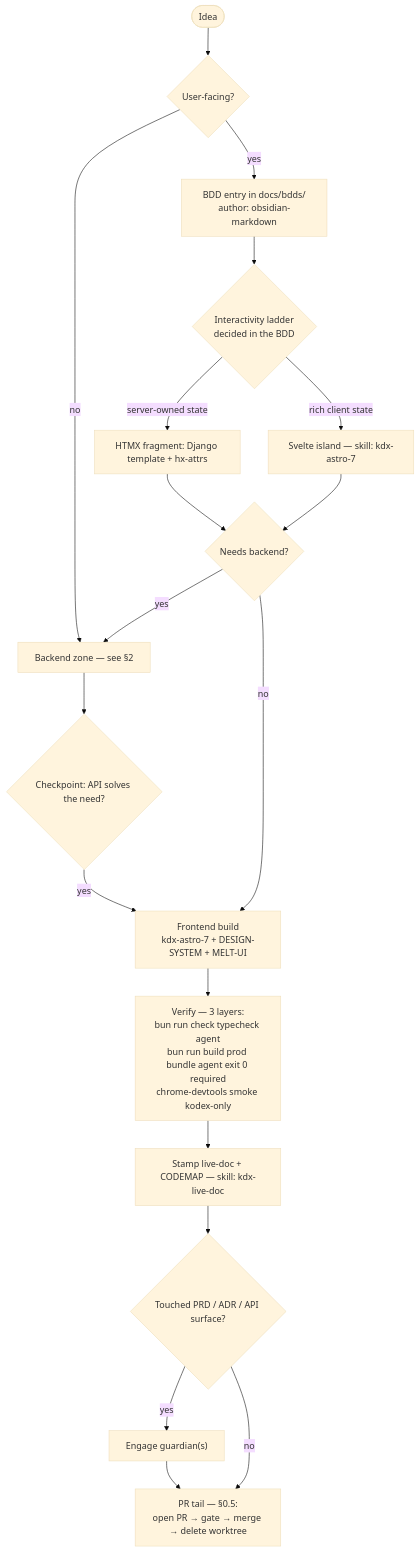
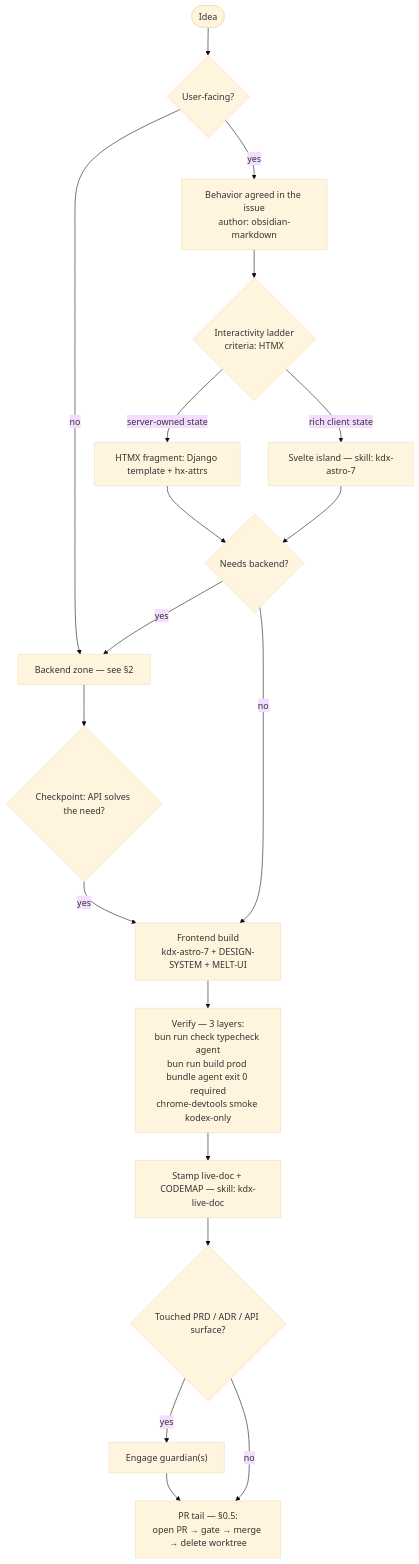
One commit to jereezquerro92/alvs-feedlot-campo changed the third of 5 diagrams in docs/DEVELOPMENT-LOOP.md. Above: the diagram before and after it, drawn with Mermaid (base theme). The commit also changed other lines of this file and 77 other files, not shown here.

````diff
--- a/docs/DEVELOPMENT-LOOP.md
+++ b/docs/DEVELOPMENT-LOOP.md
@@ -92,21 +88,21 @@
 ```mermaid
 flowchart TD
     I(["Idea"]) --> UF{"User-facing?"}
     UF -->|no| BE["Backend zone — see §2"]
-    UF -->|yes| BDD["BDD entry in docs/bdds/<br/>author: obsidian-markdown"]
-    BDD --> LAD{"Interactivity ladder<br/>decided in the BDD"}
+    UF -->|yes| SPEC["Behavior agreed in the issue<br/>author: obsidian-markdown"]
+    SPEC --> LAD{"Interactivity ladder<br/>criteria: HTMX"}
     LAD -->|server-owned state| HTMX["HTMX fragment: Django template + hx-attrs"]
     LAD -->|rich client state| ISL["Svelte island — skill: kdx-astro-7"]
     HTMX --> NB{"Needs backend?"}
     ISL --> NB
     NB -->|yes| BE
     NB -->|no| FE["Frontend build<br/>kdx-astro-7 + DESIGN-SYSTEM + MELT-UI"]
     BE --> RET{"Checkpoint: API solves the need?"}
     RET -->|yes| FE
     FE --> VER["Verify — 3 layers:<br/>bun run check typecheck agent<br/>bun run build prod bundle agent exit 0 required<br/>chrome-devtools smoke kodex-only"]
     VER --> LD["Stamp live-doc + CODEMAP — skill: kdx-live-doc"]
     LD --> GRD{"Touched PRD / ADR / API surface?"}
     GRD -->|yes| GUARD["Engage guardian(s)"]
     GRD -->|no| PR["PR tail — §0.5:<br/>open PR → gate → merge → delete worktree"]
     GUARD --> PR
 ```
````
